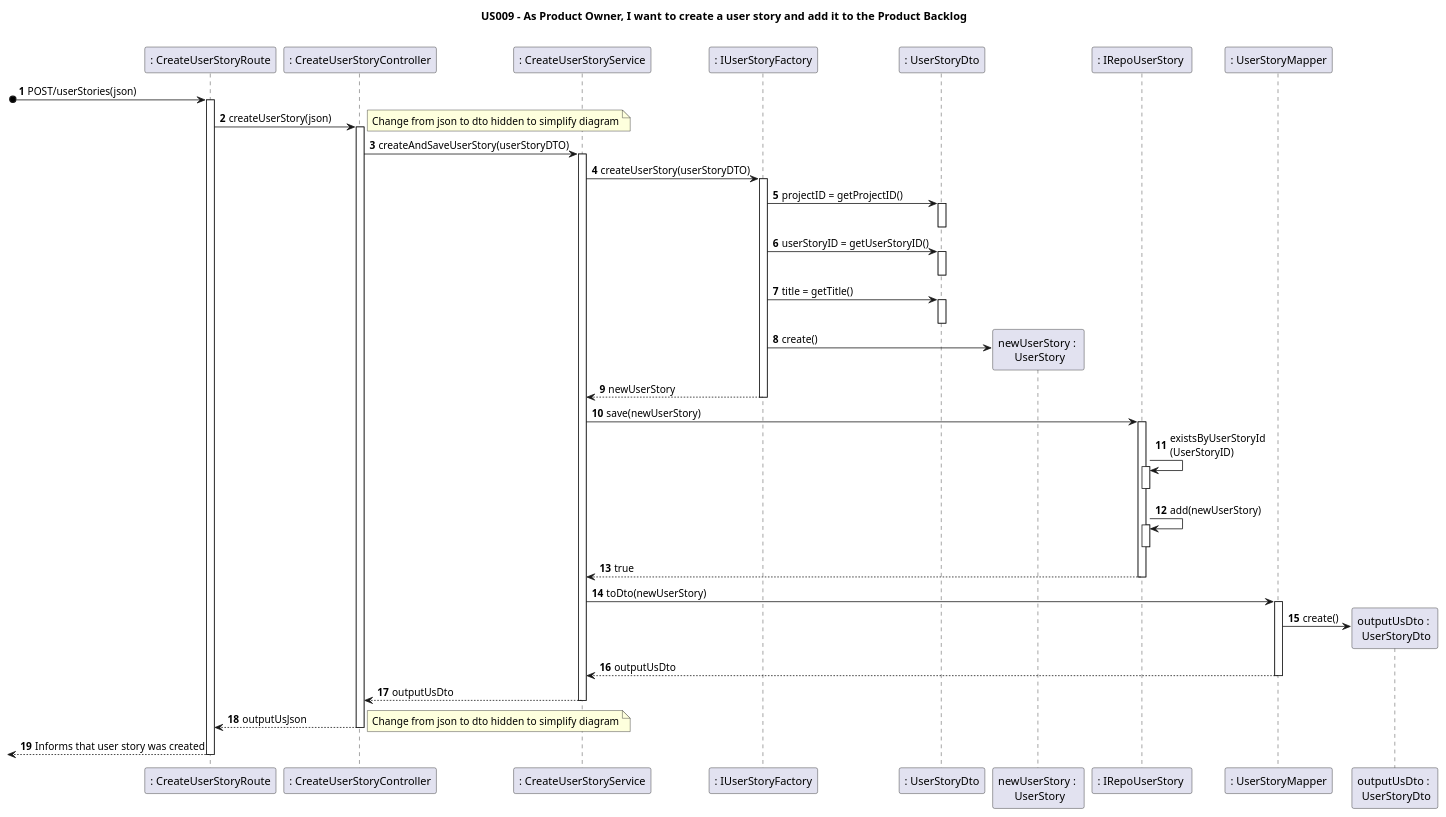
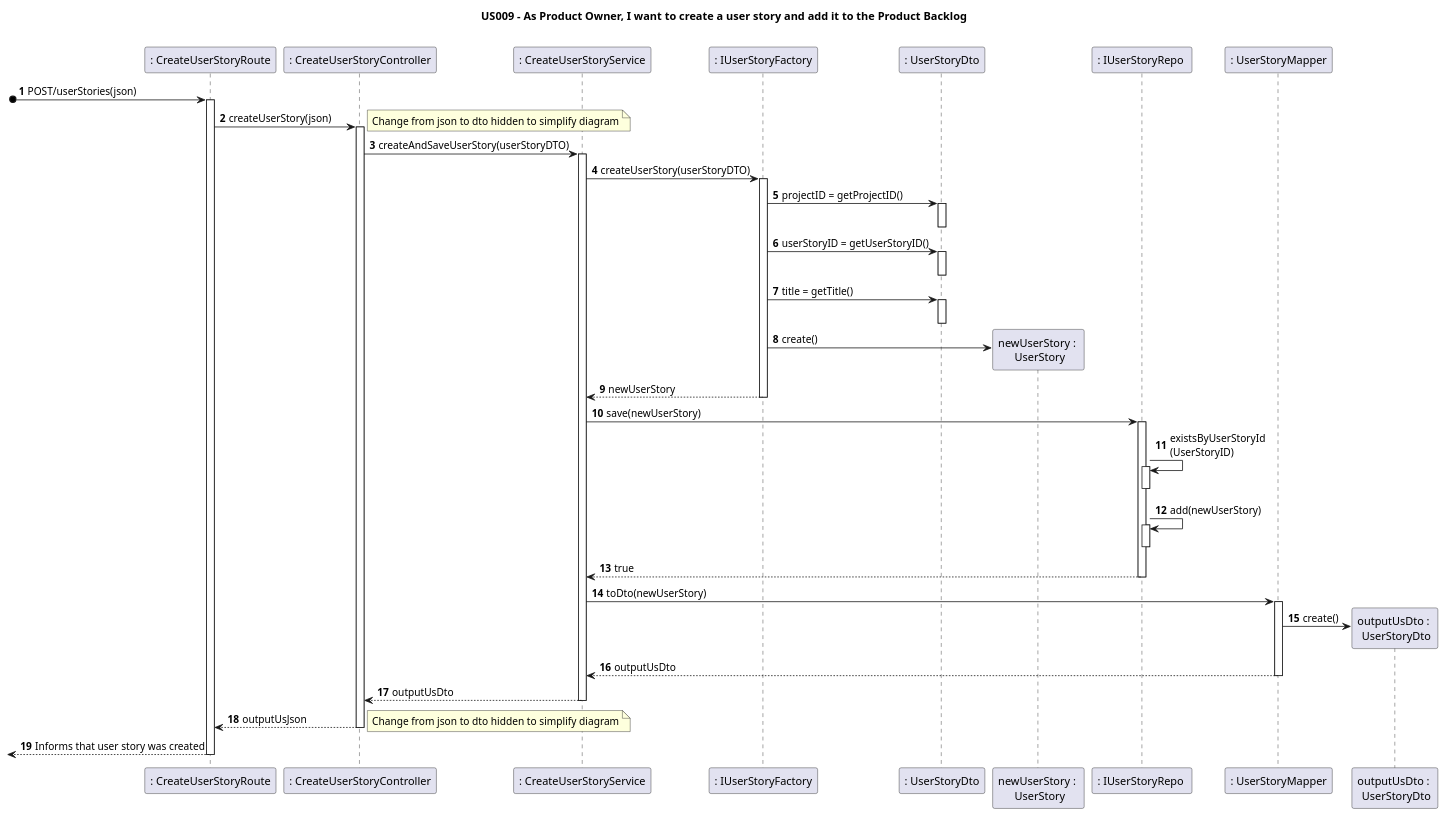
The diagram in docs/Sprint1/US009/US009RE-SD.puml (nunogon1211787/projectManagement), drawn with PlantUML before and after one commit. The commit also changed 33 other files, not shown here.

Commit message:
US009 - Refactor DS | Include DTO, Mapper, factory and service US009: Refactoring: CreateUserStoryController, class UserStory, UserStoryStore, UserStoryDTO (addresses #137)  (addresses #141)

```diff
--- a/docs/Sprint1/US009/US009RE-SD.puml
+++ b/docs/Sprint1/US009/US009RE-SD.puml
@@ -1,55 +1,55 @@
 @startuml
 'https://plantuml.com/sequence-diagram
 
 title US009 - As Product Owner, I want to create a user story and add it to the Product Backlog
 
 autoactivate on
 autonumber
 
 
 participant ": CreateUserStoryRoute" as System
 participant ": CreateUserStoryController" as Ctrl
 participant ": CreateUserStoryService" as appService
 participant ": IUserStoryFactory" as factory
 participant ": UserStoryDto" as usDto
 participant "newUserStory : \n UserStory" as us
-participant ": IRepoUserStory " as usStore
+participant ": IUserStoryRepo " as usStore
 participant ": UserStoryMapper" as usMapper
 participant "outputUsDto : \n UserStoryDto" as outDto
 
 
 
 [o-> System: POST/userStories(json)
 System -> Ctrl: createUserStory(json)
 note right
 Change from json to dto hidden to simplify diagram
 end note
 Ctrl -> appService: createAndSaveUserStory(userStoryDTO)
 appService -> factory:  createUserStory(userStoryDTO)
 factory -> usDto: projectID = getProjectID()
 deactivate
 factory -> usDto: userStoryID = getUserStoryID()
 deactivate
 factory -> usDto: title = getTitle()
 deactivate
 
 factory -> us **: create()
 factory --> appService: newUserStory
 
 appService-> usStore: save(newUserStory)
 usStore-> usStore: existsByUserStoryId\n(UserStoryID)
 deactivate
 usStore-> usStore: add(newUserStory)
 deactivate
 usStore --> appService : true
 appService-> usMapper : toDto(newUserStory)
 usMapper-> outDto **:create()
 usMapper --> appService: outputUsDto
 appService --> Ctrl: outputUsDto
 Ctrl --> System: outputUsJson
 note right
 Change from json to dto hidden to simplify diagram
 end note
 [<--System : Informs that user story was created
 
 @enduml
```
